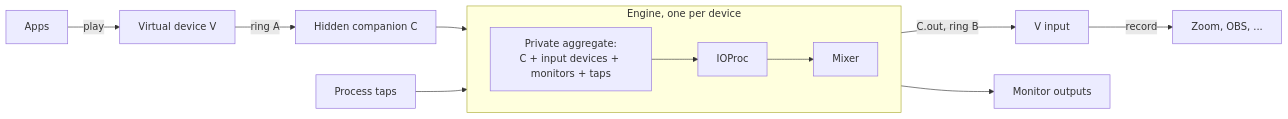
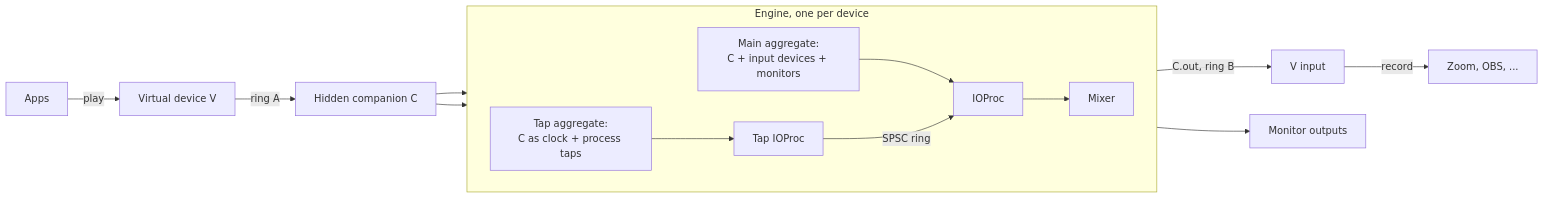
One commit to RONNCC/soundrouter changed the diagram in docs/ARCHITECTURE.md. Above: the diagram before and after it, drawn with Mermaid. The commit also changed other lines of this file and 13 other files, not shown here.

First line of the commit message:
feat(engine): tap-split aggregate: process taps in their own aggregate, ring into the mixer

````diff
--- a/docs/ARCHITECTURE.md
+++ b/docs/ARCHITECTURE.md
@@ -74,14 +74,15 @@
 ```mermaid
 flowchart LR
   Apps -->|play| V[Virtual device V]
   V -->|ring A| C[Hidden companion C]
   subgraph E[Engine, one per device]
     direction LR
-    AGG[Private aggregate:<br/>C + input devices + monitors + taps] --> IO[IOProc] --> MIX[Mixer]
+    AGG[Main aggregate:<br/>C + input devices + monitors] --> IO[IOProc] --> MIX[Mixer]
+    TAGG[Tap aggregate:<br/>C as clock + process taps] --> TIO[Tap IOProc] -->|SPSC ring| IO
   end
   C --> AGG
-  Taps[Process taps] --> AGG
+  C --> TAGG
   MIX -->|C.out, ring B| V2[V input]
   MIX --> Mon[Monitor outputs]
   V2 -->|record| Rec[Zoom, OBS, ...]
 ```
````
